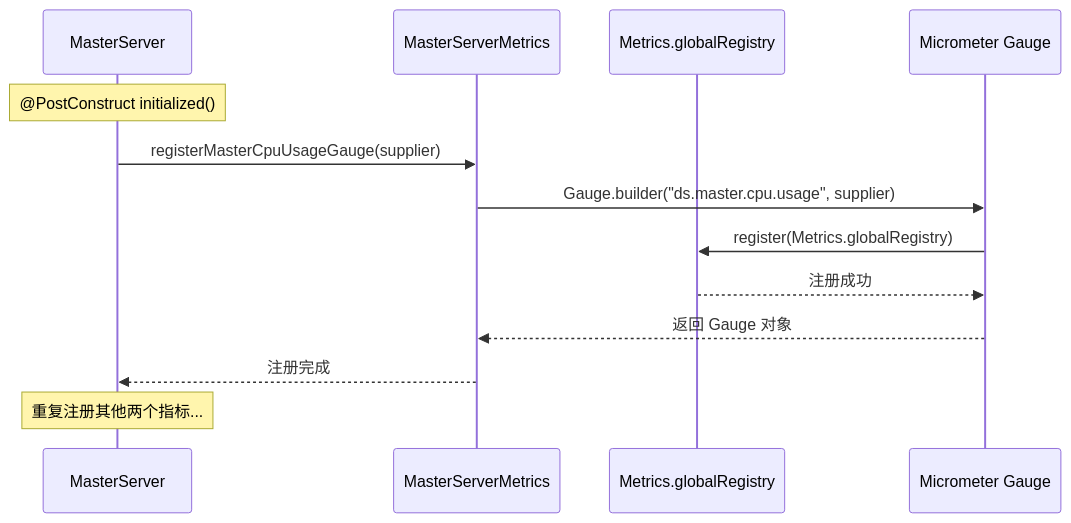
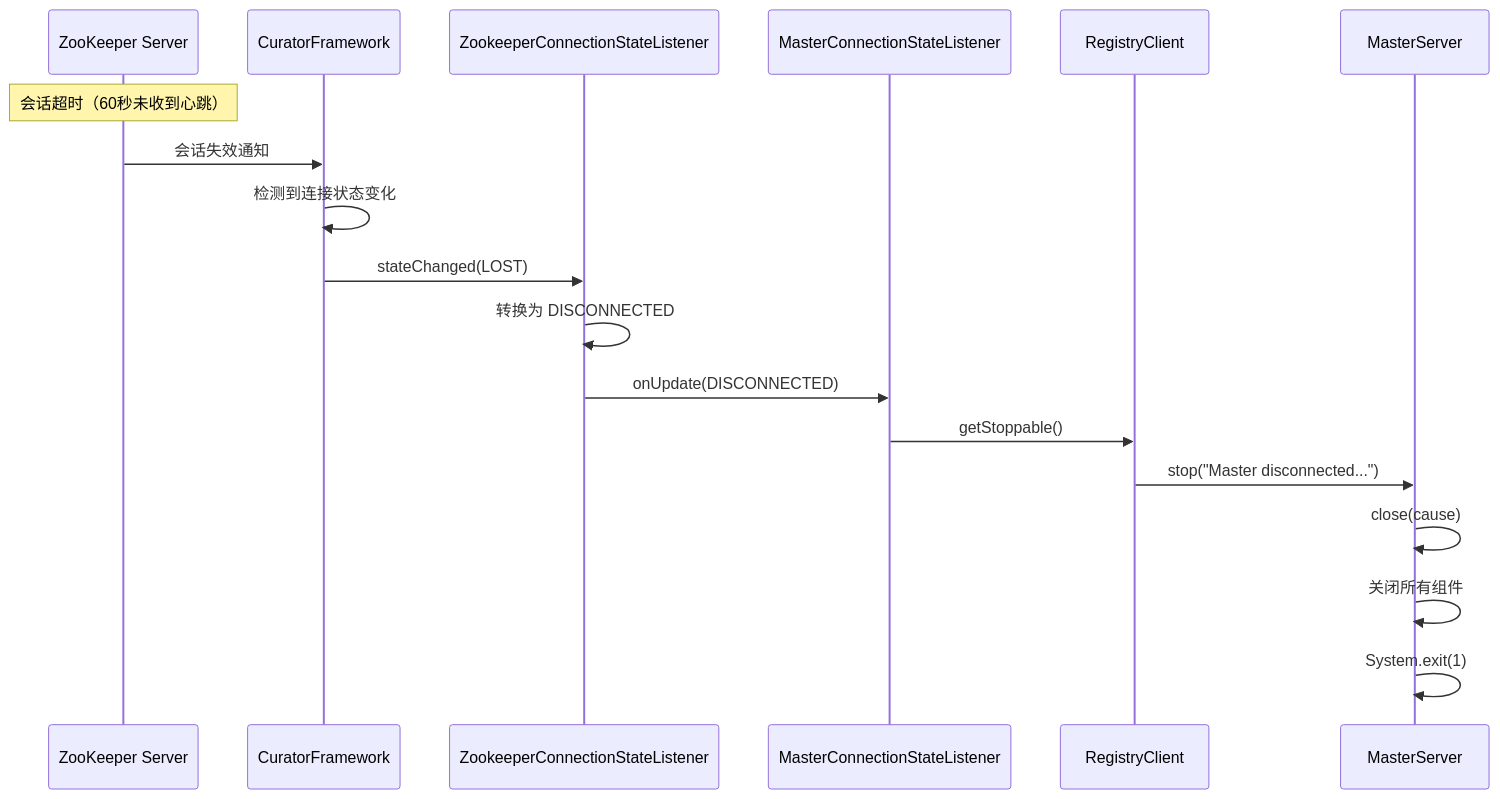
The first of 3 diagrams in dolphinscheduler-master/analyze/master启动/12-master服务指标/12-指标分析.md (vanchan5/dolphinscheduler), drawn with Mermaid before and after one commit. The commit also changed other lines of this file and 2 other files, not shown here.

````diff
--- a/dolphinscheduler-master/analyze/master启动/12-master服务指标/12-指标分析.md
+++ b/dolphinscheduler-master/analyze/master启动/12-master服务指标/12-指标分析.md
@@ -100,17 +44,21 @@
 ```mermaid
 sequenceDiagram
+    participant ZKS as ZooKeeper Server
+    participant CF as CuratorFramework
+    participant ZCSL as ZookeeperConnectionStateListener
+    participant MCSL as MasterConnectionStateListener
+    participant RC as RegistryClient
     participant MS as MasterServer
-    participant MSM as MasterServerMetrics
-    participant MR as Metrics.globalRegistry
-    participant Gauge as Micrometer Gauge
     
-    Note over MS: @PostConstruct initialized()
-    MS->>MSM: registerMasterCpuUsageGauge(supplier)
-    MSM->>Gauge: Gauge.builder("ds.master.cpu.usage", supplier)
-    Gauge->>MR: register(Metrics.globalRegistry)
-    MR-->>Gauge: 注册成功
-    Gauge-->>MSM: 返回 Gauge 对象
-    MSM-->>MS: 注册完成
-    
-    Note over MS: 重复注册其他两个指标...
+    Note over ZKS: 会话超时（60秒未收到心跳）
+    ZKS->>CF: 会话失效通知
+    CF->>CF: 检测到连接状态变化
+    CF->>ZCSL: stateChanged(LOST)
+    ZCSL->>ZCSL: 转换为 DISCONNECTED
+    ZCSL->>MCSL: onUpdate(DISCONNECTED)
+    MCSL->>RC: getStoppable()
+    RC->>MS: stop("Master disconnected...")
+    MS->>MS: close(cause)
+    MS->>MS: 关闭所有组件
+    MS->>MS: System.exit(1)
 ```
````
